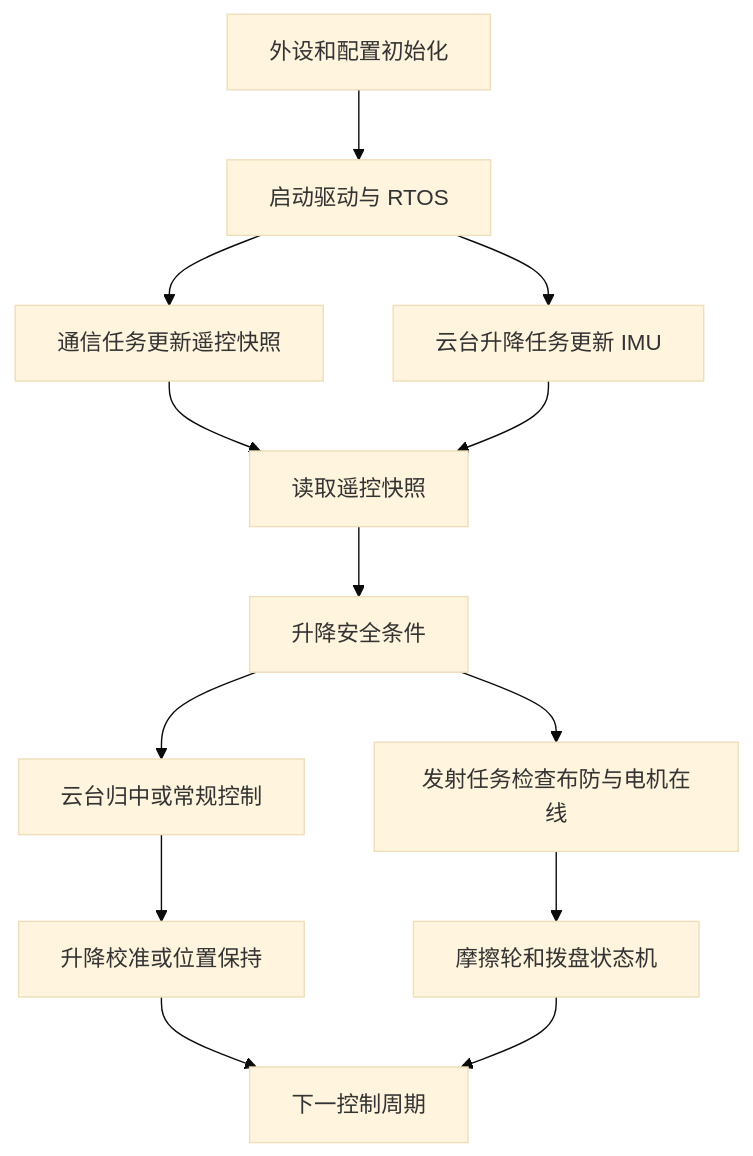
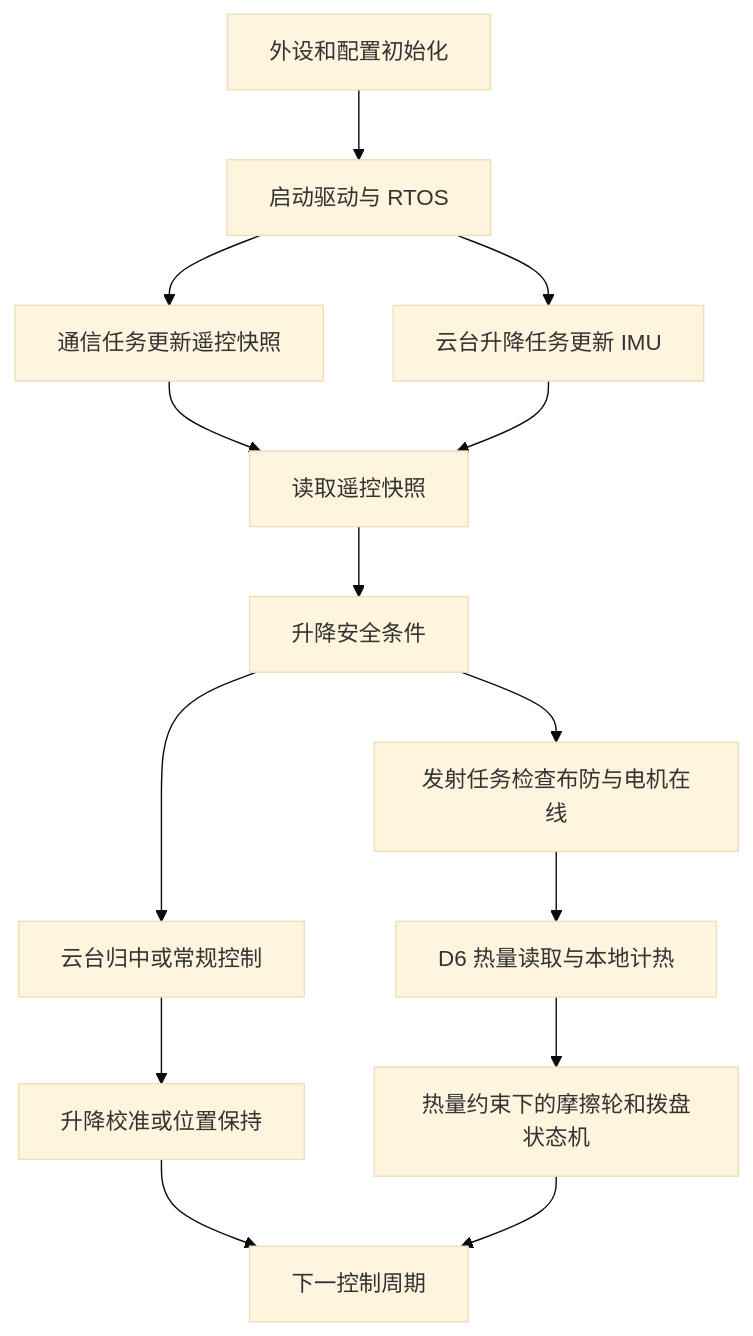
Before and after one commit to RP27-EC/27_LHX: the diagram in 文档/01_启动与任务.md, drawn with Mermaid (base theme). The commit also changed other lines of this file and 28 other files, not shown here.

````diff
--- a/文档/01_启动与任务.md
+++ b/文档/01_启动与任务.md
@@ -19,15 +19,16 @@
 ```mermaid
 flowchart TD
     A[外设和配置初始化] --> B[启动驱动与 RTOS]
     B --> C[通信任务更新遥控快照]
     B --> D[云台升降任务更新 IMU]
     C --> E[读取遥控快照]
     D --> E
     E --> F[升降安全条件]
     F --> G[云台归中或常规控制]
     G --> H[升降校准或位置保持]
     F --> I[发射任务检查布防与电机在线]
-    I --> J[摩擦轮和拨盘状态机]
+    I --> L[D6 热量读取与本地计热]
+    L --> J[热量约束下的摩擦轮和拨盘状态机]
     H --> K[下一控制周期]
     J --> K
 ```
````
